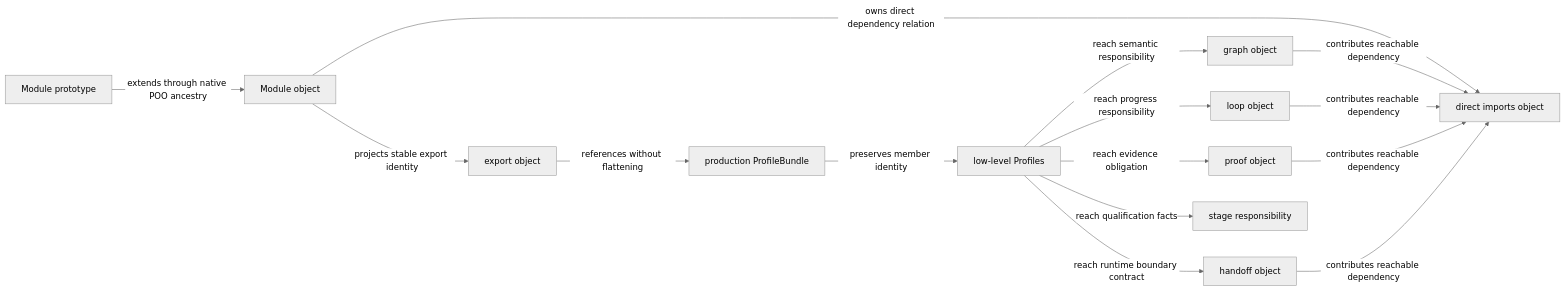
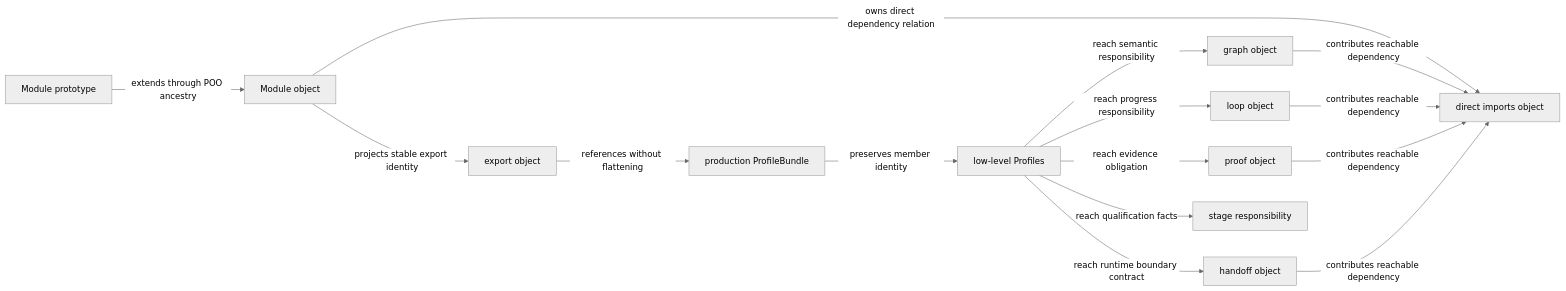
One commit to tao3k/gebril-yuanxu changed the first of 2 diagrams in module-system/design/45-97-poo-module-object-construction-export-projection-and-responsibility-attachment-algebra.org. Above: the diagram before and after it, drawn with Mermaid (neutral theme). The commit also changed other lines of this file and 1469 other files, not shown here.

```diff
--- a/module-system/design/45-97-poo-module-object-construction-export-projection-and-responsibility-attachment-algebra.org
+++ b/module-system/design/45-97-poo-module-object-construction-export-projection-and-responsibility-attachment-algebra.org
@@ -333,17 +333,17 @@
 #+begin_src mermaid
 flowchart LR
-  Prototype["Module prototype"] -->|"extends through native POO ancestry"| Module["Module object"]
+  Prototype["Module prototype"] -->|"extends through POO ancestry"| Module["Module object"]
   Module -->|"projects stable export identity"| Export["export object"]
   Export -->|"references without flattening"| Bundle["production ProfileBundle"]
   Bundle -->|"preserves member identity"| Profiles["low-level Profiles"]
   Profiles -->|"reach semantic responsibility"| Graph["graph object"]
   Profiles -->|"reach progress responsibility"| Loop["loop object"]
   Profiles -->|"reach evidence obligation"| Proof["proof object"]
   Profiles -->|"reach runtime boundary contract"| Handoff["handoff object"]
   Profiles -->|"reach qualification facts"| Stage["stage responsibility"]
   Module -->|"owns direct dependency relation"| Imports["direct imports object"]
   Graph -->|"contributes reachable dependency"| Imports
   Loop -->|"contributes reachable dependency"| Imports
   Proof -->|"contributes reachable dependency"| Imports
   Handoff -->|"contributes reachable dependency"| Imports
 #+end_src
```
